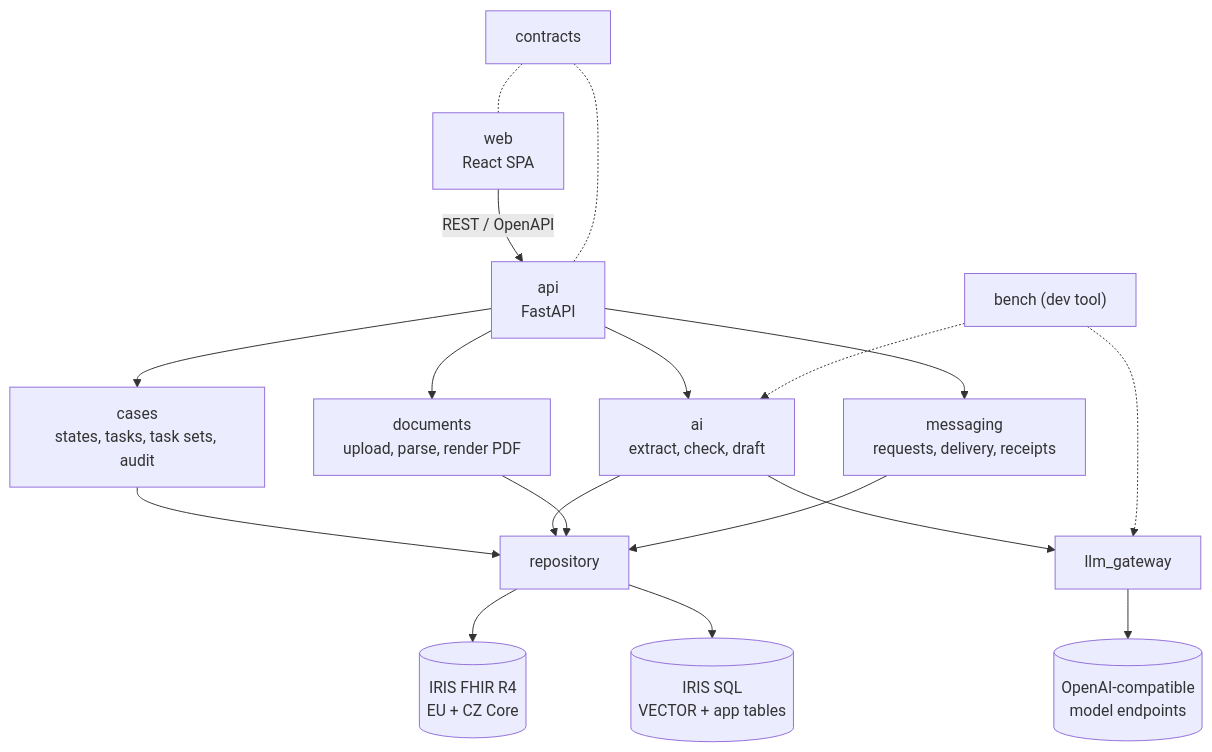
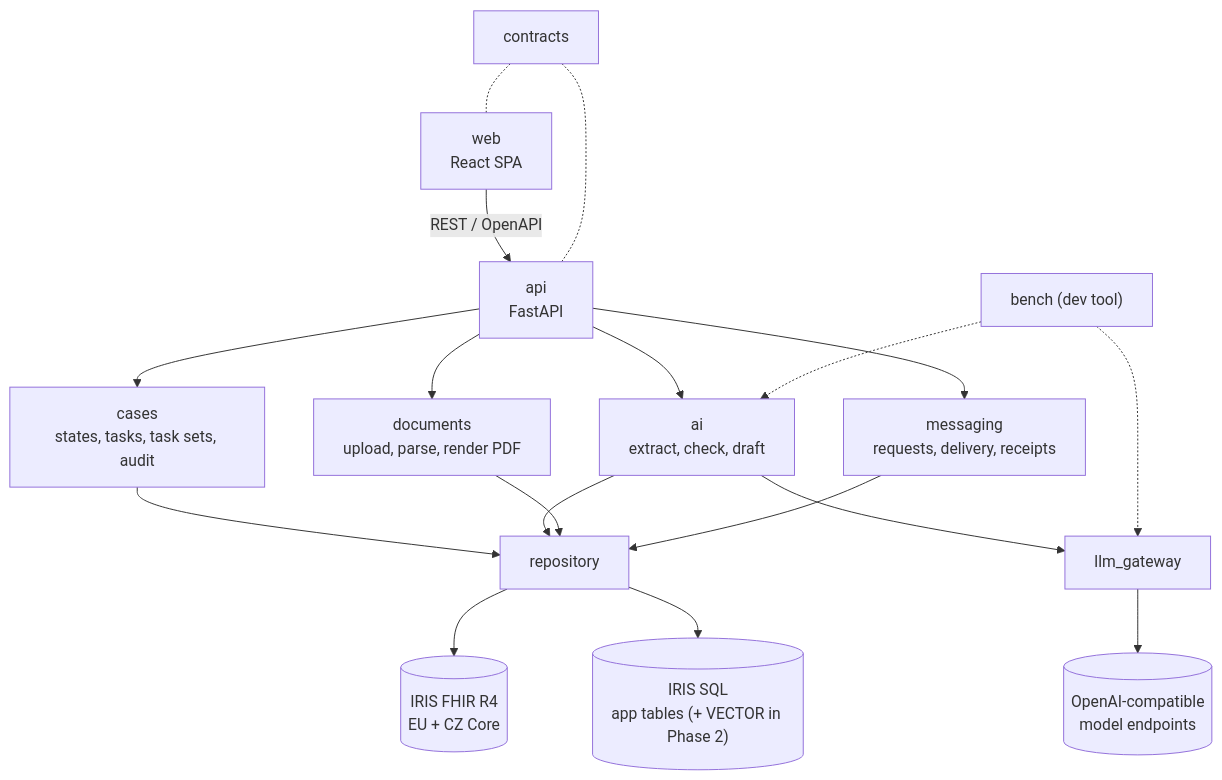
Before and after one commit to darkmackov/AI-Rackathon2026-Nessio: the first of 4 diagrams in docs/architecture.md, drawn with Mermaid. The commit also changed other lines of this file and 46 other files, not shown here.

````diff
--- a/docs/architecture.md
+++ b/docs/architecture.md
@@ -21,20 +21,20 @@
 ```mermaid
 flowchart TD
   web["web<br/>React SPA"] -->|REST / OpenAPI| api["api<br/>FastAPI"]
   api --> cases["cases<br/>states, tasks, task sets, audit"]
   api --> ai["ai<br/>extract, check, draft"]
   api --> documents["documents<br/>upload, parse, render PDF"]
   api --> messaging["messaging<br/>requests, delivery, receipts"]
   cases --> repo["repository"]
   ai --> repo
   documents --> repo
   messaging --> repo
   ai --> llm["llm_gateway"]
   llm --> models[("OpenAI-compatible<br/>model endpoints")]
   repo --> fhir[("IRIS FHIR R4<br/>EU + CZ Core")]
-  repo --> sql[("IRIS SQL<br/>VECTOR + app tables")]
+  repo --> sql[("IRIS SQL<br/>app tables (+ VECTOR in Phase 2)")]
   bench["bench (dev tool)"] -.-> ai
   bench -.-> llm
   contracts["contracts"] -.- api
   contracts -.- web
 ```
````
